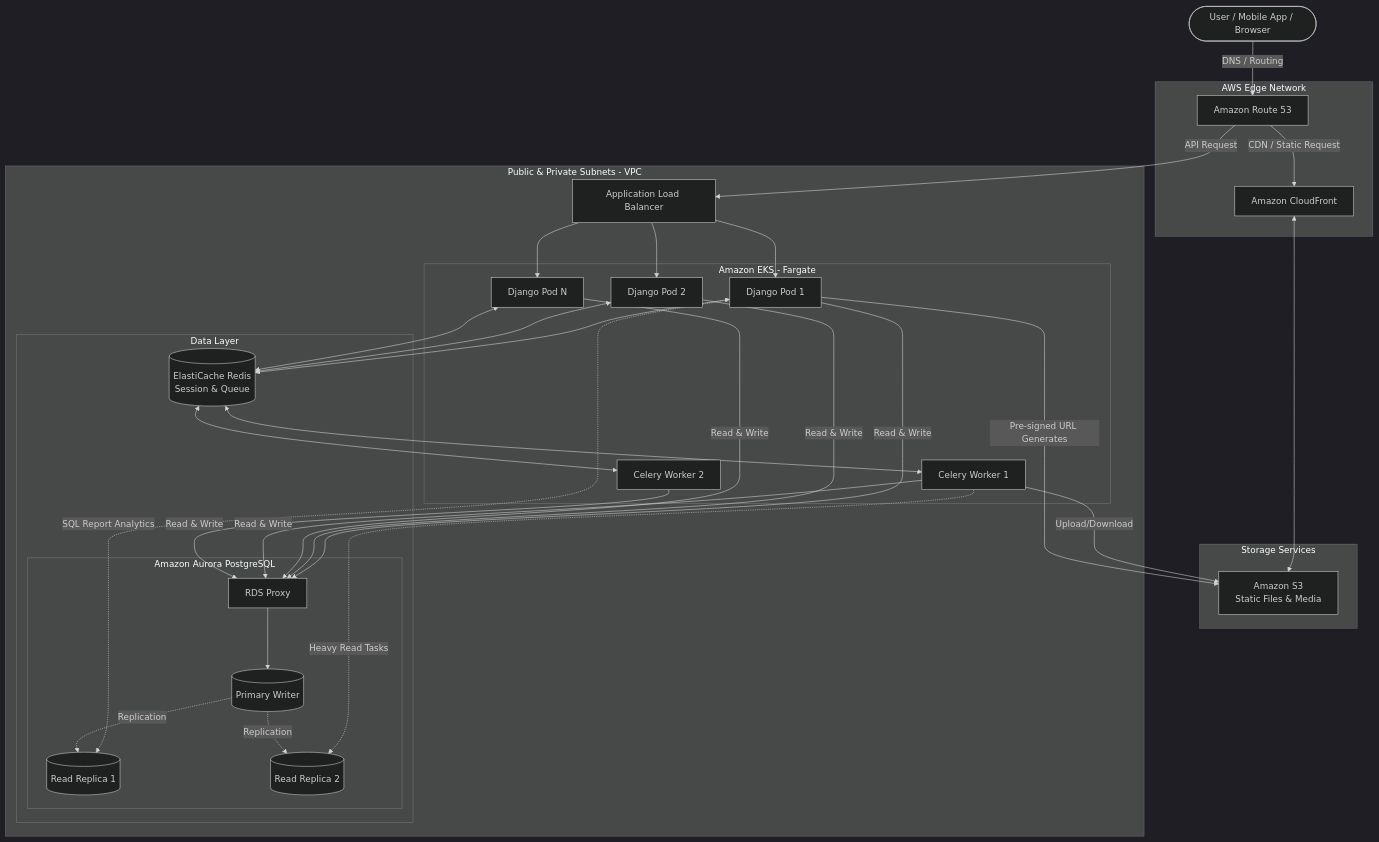
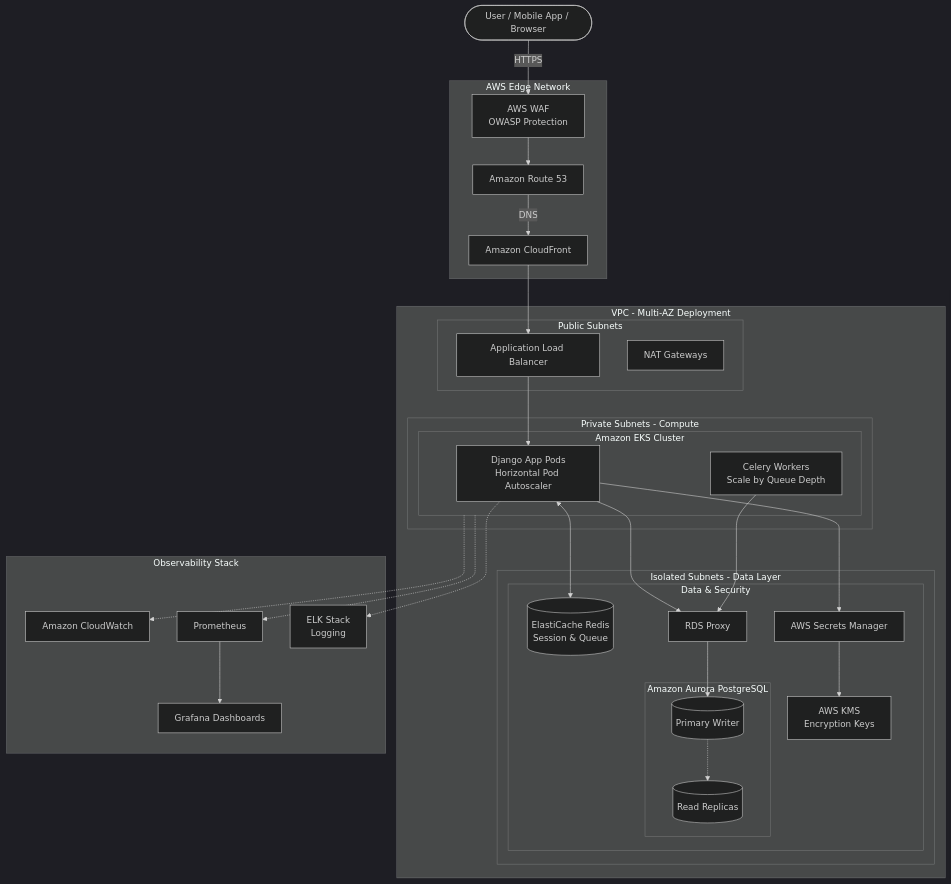
Before and after one commit to afdhalrizki/hrms: the diagram in docs/aws_high_availability_architecture.md, drawn with Mermaid (dark theme). The commit also changed other lines of this file and 3 other files, not shown here.

Commit message:
docs: update AWS high availability architecture and production deployment guides

````diff
--- a/docs/aws_high_availability_architecture.md
+++ b/docs/aws_high_availability_architecture.md
@@ -7,68 +7,69 @@
 ```mermaid
 flowchart TD
     User([User / Mobile App / Browser])
     
     subgraph Edge[AWS Edge Network]
+        WAF[AWS WAF\nOWASP Protection]
         R53[Amazon Route 53]
         CF[Amazon CloudFront]
     end
     
-    subgraph Storage[Storage Services]
-        S3[Amazon S3\nStatic Files & Media]
-    end
-
-    subgraph VPC[Public & Private Subnets - VPC]
+    subgraph VPC[VPC - Multi-AZ Deployment]
         ALB[Application Load Balancer]
         
-        subgraph EKS[Amazon EKS - Fargate]
-            Django1[Django Pod 1]
-            Django2[Django Pod 2]
-            DjangoN[Django Pod N]
-            Worker1[Celery Worker 1]
-            Worker2[Celery Worker 2]
+        subgraph PublicSubnets[Public Subnets]
+            ALB
+            NAT[NAT Gateways]
         end
-        
-        subgraph Data[Data Layer]
-            Redis[(ElastiCache Redis\nSession & Queue)]
-            
-            subgraph Aurora[Amazon Aurora PostgreSQL]
-                Proxy[RDS Proxy]
-                Master[(Primary Writer)]
-                Replica1[(Read Replica 1)]
-                Replica2[(Read Replica 2)]
+
+        subgraph PrivateSubnets[Private Subnets - Compute]
+            subgraph EKS[Amazon EKS Cluster]
+                Django[Django App Pods\nHorizontal Pod Autoscaler]
+                Worker[Celery Workers\nScale by Queue Depth]
+            end
+        end
+
+        subgraph IsolatedSubnets[Isolated Subnets - Data Layer]
+            subgraph Data[Data & Security]
+                Redis[(ElastiCache Redis\nSession & Queue)]
+                RDS[RDS Proxy]
+                
+                subgraph Aurora[Amazon Aurora PostgreSQL]
+                    Master[(Primary Writer)]
+                    Replica[(Read Replicas)]
+                end
+                
+                Sec[AWS Secrets Manager]
+                KMS[AWS KMS\nEncryption Keys]
             end
         end
     end
 
-    User -->|DNS / Routing| R53
-    R53 -->|CDN / Static Request| CF
-    R53 -->|API Request| ALB
-    CF <--> S3
-    ALB --> Django1
-    ALB --> Django2
-    ALB --> DjangoN
+    subgraph Observability[Observability Stack]
+        CW[Amazon CloudWatch]
+        Prom[Prometheus]
+        Graf[Grafana Dashboards]
+        ELK[ELK Stack\nLogging]
+    end
+
+    User -->|HTTPS| WAF
+    WAF --> R53
+    R53 -->|DNS| CF
+    CF --> ALB
     
-    Django1 <--> Redis
-    Django2 <--> Redis
-    DjangoN <--> Redis
+    ALB --> Django
+    Django <--> Redis
+    Django --> RDS
+    Worker --> RDS
+    RDS --> Master
+    Master -.-> Replica
     
-    Redis <--> Worker1
-    Redis <--> Worker2
+    Django --> Sec
+    Sec --> KMS
     
-    Django1 -->|Read & Write| Proxy
-    Django2 -->|Read & Write| Proxy
-    DjangoN -->|Read & Write| Proxy
-    Worker1 -->|Read & Write| Proxy
-    Worker2 -->|Read & Write| Proxy
-    
-    Proxy --> Master
-    
-    Django1 -.->|SQL Report Analytics| Replica1
-    Worker1 -.->|Heavy Read Tasks| Replica2
-    
-    Master -.->|Replication| Replica1
-    Master -.->|Replication| Replica2
-    
-    Worker1 -->|Upload/Download| S3
-    Django1 -->|Pre-signed URL Generates| S3
+    %% Monitoring Flows
+    EKS -.-> CW
+    EKS -.-> Prom
+    Prom --> Graf
+    Django -.-> ELK
 ```
````
